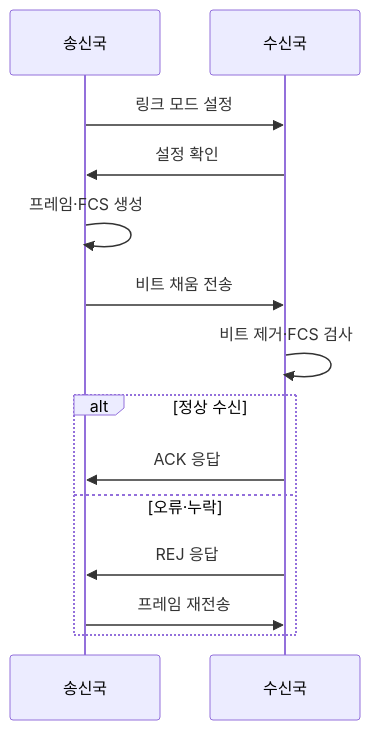
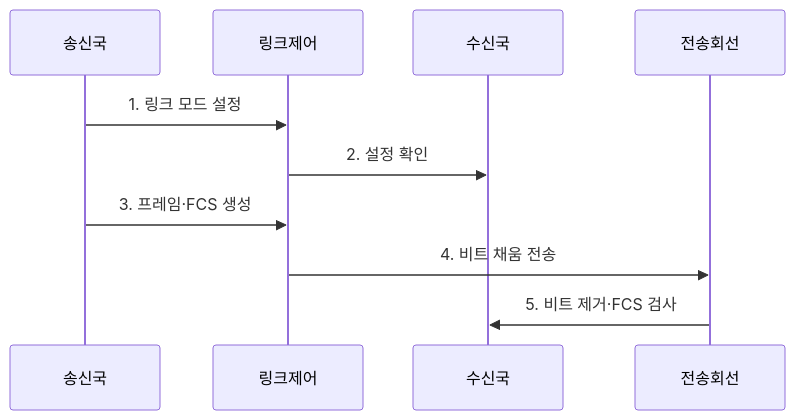
Before and after one commit to agnusdei1207/knowledge-base: the second of 2 diagrams in src/content/docs/notes/04-network/071_hdlc.md, drawn with Mermaid. The commit also changed other lines of this file and 20 other files, not shown here.

````diff
--- a/src/content/docs/notes/04-network/071_hdlc.md
+++ b/src/content/docs/notes/04-network/071_hdlc.md
@@ -86,16 +89,12 @@
 ```mermaid
 sequenceDiagram
-    participant S as 송신국
-    participant R as 수신국
-    S->>R: 링크 모드 설정
-    R->>S: 설정 확인
-    S->>S: 프레임·FCS 생성
-    S->>R: 비트 채움 전송
-    R->>R: 비트 제거·FCS 검사
-    alt 정상 수신
-        R->>S: ACK 응답
-    else 오류·누락
-        R->>S: REJ 응답
-        S->>R: 프레임 재전송
-    end
+    participant 송신국
+    participant 링크제어
+    participant 수신국
+    participant 전송회선
+    송신국->>링크제어: 1. 링크 모드 설정
+    링크제어->>수신국: 2. 설정 확인
+    송신국->>링크제어: 3. 프레임·FCS 생성
+    링크제어->>전송회선: 4. 비트 채움 전송
+    전송회선->>수신국: 5. 비트 제거·FCS 검사
 ```
````
